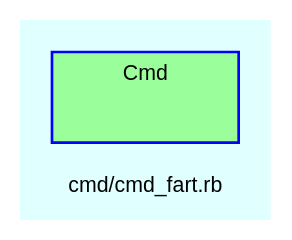
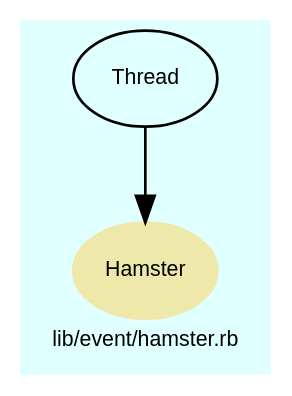
Before and after one commit to Tyche/teensymud: the diagram in doc/dot/f_36.dot, drawn with Graphviz. The commit also changed 215 other files, not shown here.

Commit message:
Renamed Incoming to Account and move to lib/game. Factored out Hamster, Event from tmud.rb to lib/event. Created EventManager class. Regened documentation.

```diff
--- a/doc/dot/f_36.dot
+++ b/doc/dot/f_36.dot
@@ -1,29 +1,31 @@
 digraph TopLevel {
     compound = true
     bgcolor = lightcyan1
     fontname = Arial
     fontsize = 8
-    label = "cmd/cmd_fart.rb"
+    label = "lib/event/hamster.rb"
     node [
         fontname = Arial,
         fontsize = 8,
         color = black
     ]
 
-    subgraph cluster_Cmd {
-        fillcolor = palegreen1
-        URL = "classes/Cmd.html"
-        fontname = Arial
-        color = blue
-        label = "Cmd"
-        style = filled
-        Cmd [
-            shape = plaintext,
-            height = 0.01,
-            width = 0.75,
-            label = ""
-        ]
+    Hamster [
+        fontcolor = black,
+        URL = "classes/Hamster.html",
+        shape = ellipse,
+        color = palegoldenrod,
+        style = filled,
+        label = "Hamster"
+    ]
 
-    }
+    Thread [
+        URL = "classes/Thread.html",
+        label = "Thread"
+    ]
+
+    Thread -> Hamster [
+
+    ]
 
 }
```
